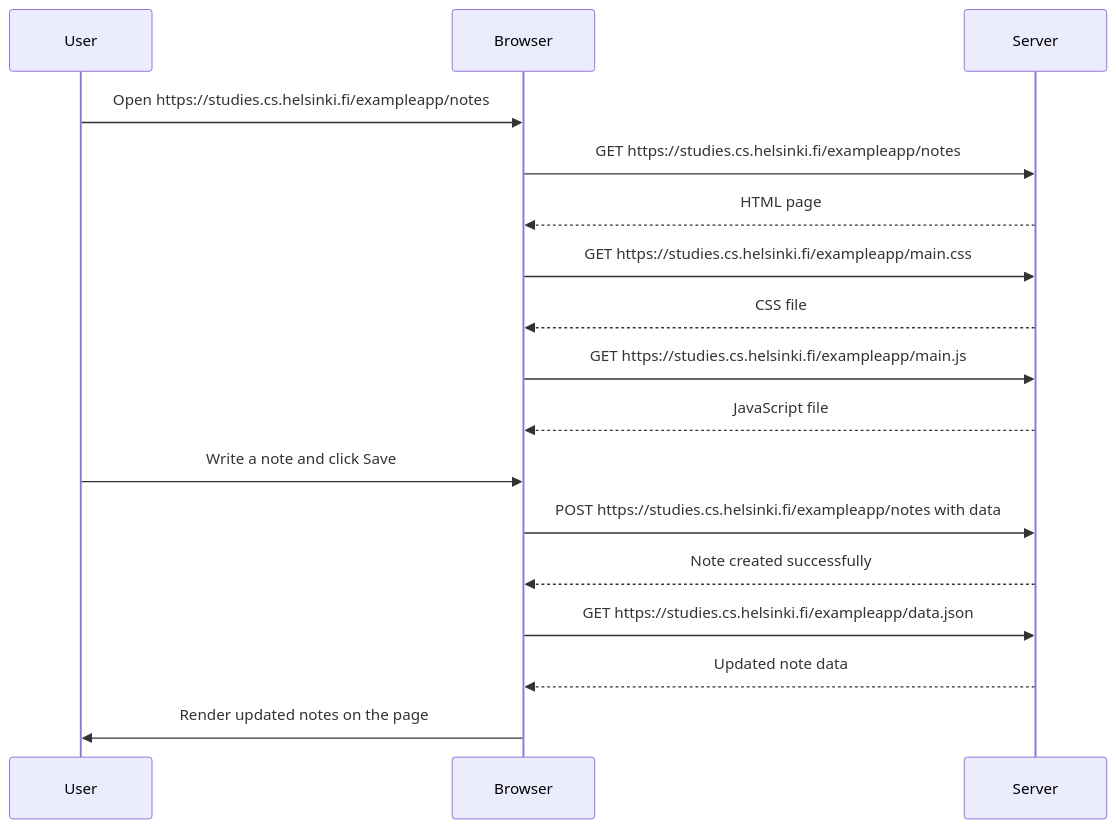
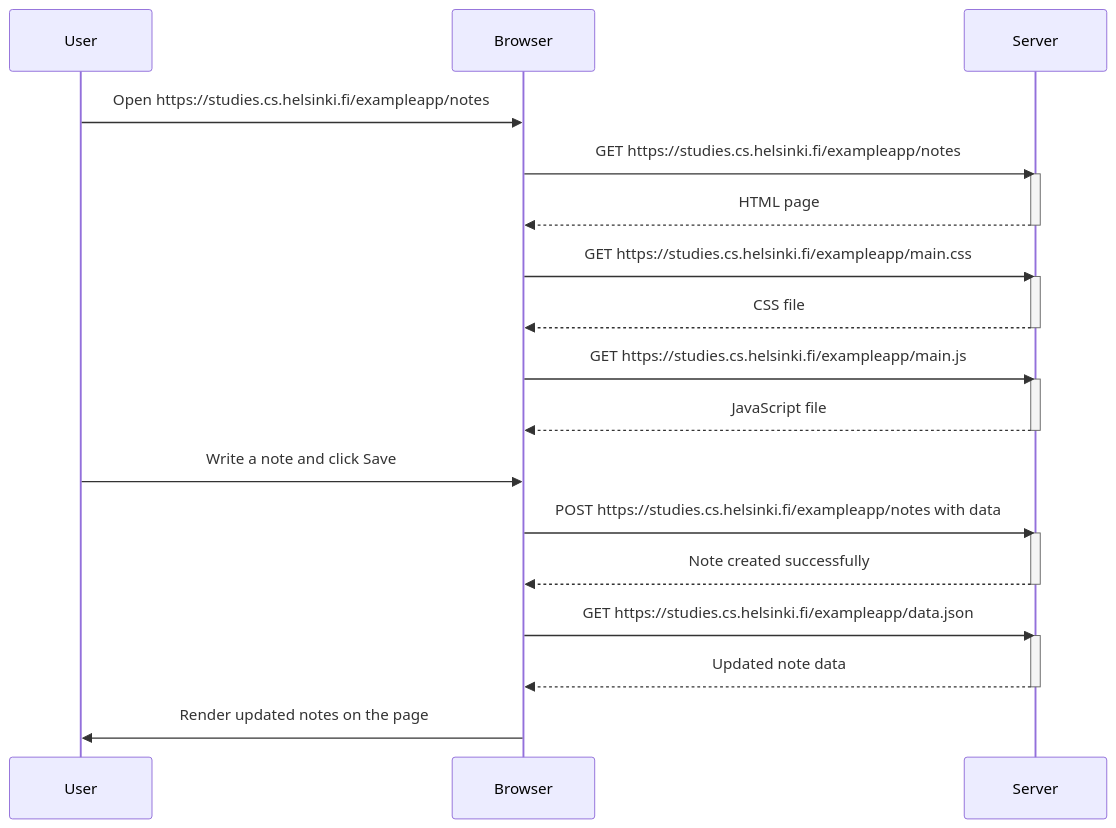
The diagram in part0/exercise0.4.md (VictoriiaShtyreva/FullstackOpenUniversity), drawn with Mermaid before and after one commit.

````diff
--- a/part0/exercise0.4.md
+++ b/part0/exercise0.4.md
@@ -3,24 +3,34 @@
 ```mermaid
 sequenceDiagram
     participant User
     participant Browser
     participant Server
 
     User->>Browser: Open https://studies.cs.helsinki.fi/exampleapp/notes
     Browser->>Server: GET https://studies.cs.helsinki.fi/exampleapp/notes
+    activate Server
     Server-->>Browser: HTML page
+    deactivate Server
     Browser->>Server: GET https://studies.cs.helsinki.fi/exampleapp/main.css
+    activate Server
     Server-->>Browser: CSS file
+    deactivate Server
     Browser->>Server: GET https://studies.cs.helsinki.fi/exampleapp/main.js
+    activate Server
     Server-->>Browser: JavaScript file
+    deactivate Server
 
     User->>Browser: Write a note and click Save
     Browser->>Server: POST https://studies.cs.helsinki.fi/exampleapp/notes with data
+    activate Server
     Server-->>Browser: Note created successfully
+    deactivate Server
 
     Browser->>Server: GET https://studies.cs.helsinki.fi/exampleapp/data.json
+    activate Server
     Server-->>Browser: Updated note data
+    deactivate Server
 
     Browser->>User: Render updated notes on the page
     
 ```
````
